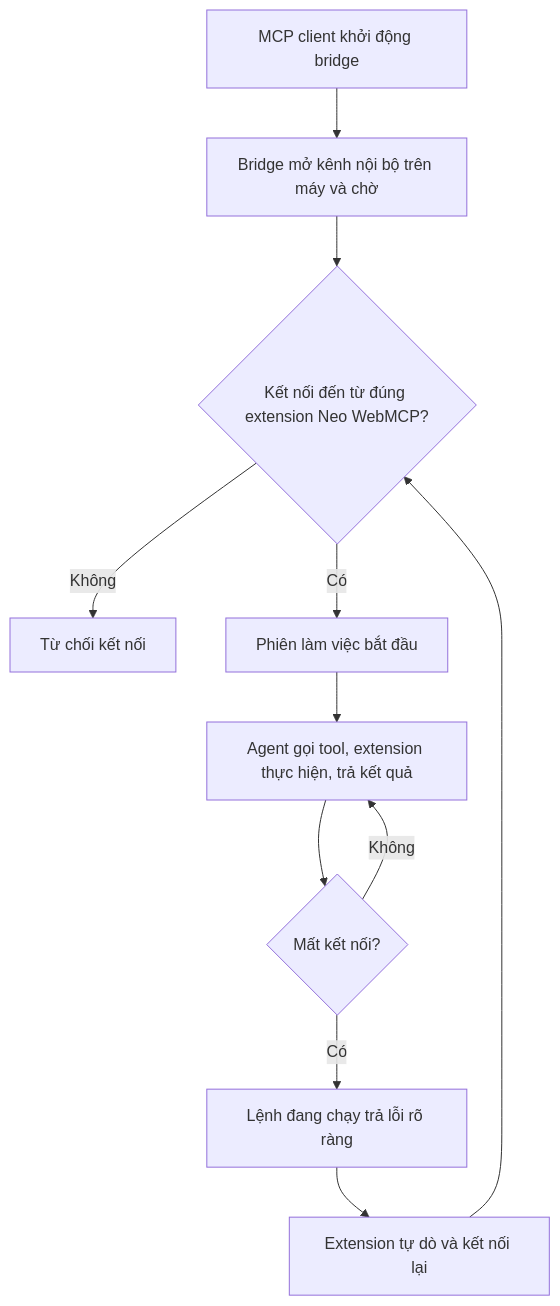
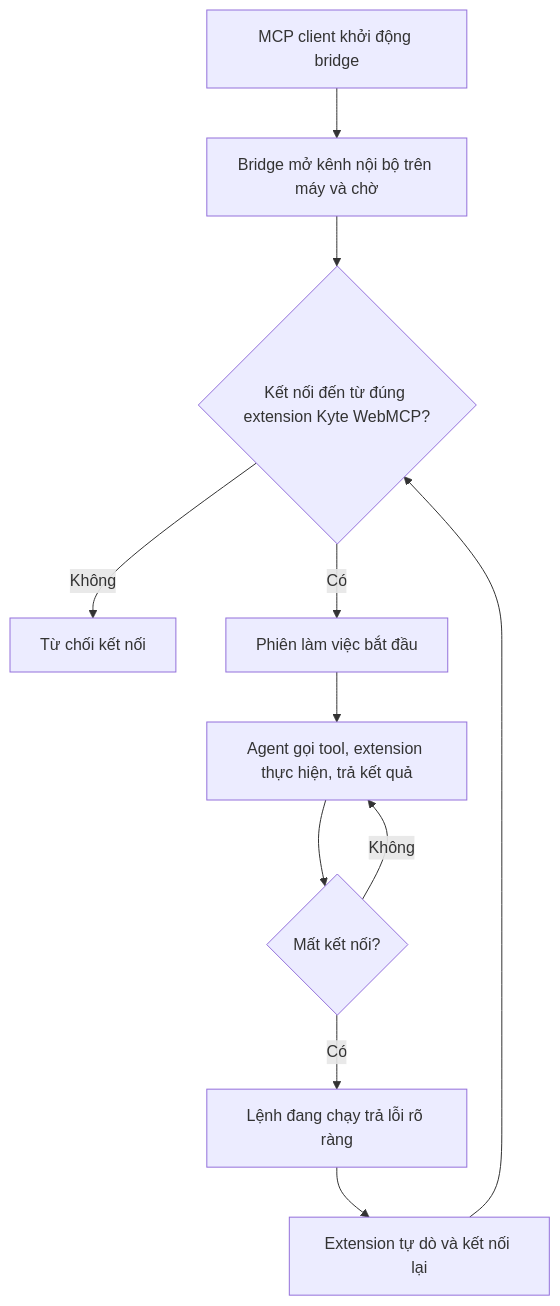
One commit to shibeedev/kyte-webmcp changed the second of 7 diagrams in brd.md. Above: the diagram before and after it, drawn with Mermaid. The commit also changed other lines of this file and 61 other files, not shown here.

First line of the commit message:
Rename to Kyte WebMCP Extension and adopt a macOS-style UI

````diff
--- a/brd.md
+++ b/brd.md
@@ -84,13 +84,13 @@
 ```mermaid
 flowchart TD
     A["MCP client khởi động bridge"] --> B["Bridge mở kênh nội bộ trên máy và chờ"]
-    B --> C{"Kết nối đến từ đúng extension Neo WebMCP?"}
+    B --> C{"Kết nối đến từ đúng extension Kyte WebMCP?"}
     C -->|Không| D["Từ chối kết nối"]
     C -->|Có| E["Phiên làm việc bắt đầu"]
     E --> F["Agent gọi tool, extension thực hiện, trả kết quả"]
     F --> G{"Mất kết nối?"}
     G -->|Không| F
     G -->|Có| H["Lệnh đang chạy trả lỗi rõ ràng"]
     H --> I["Extension tự dò và kết nối lại"]
     I --> C
 ```
````
